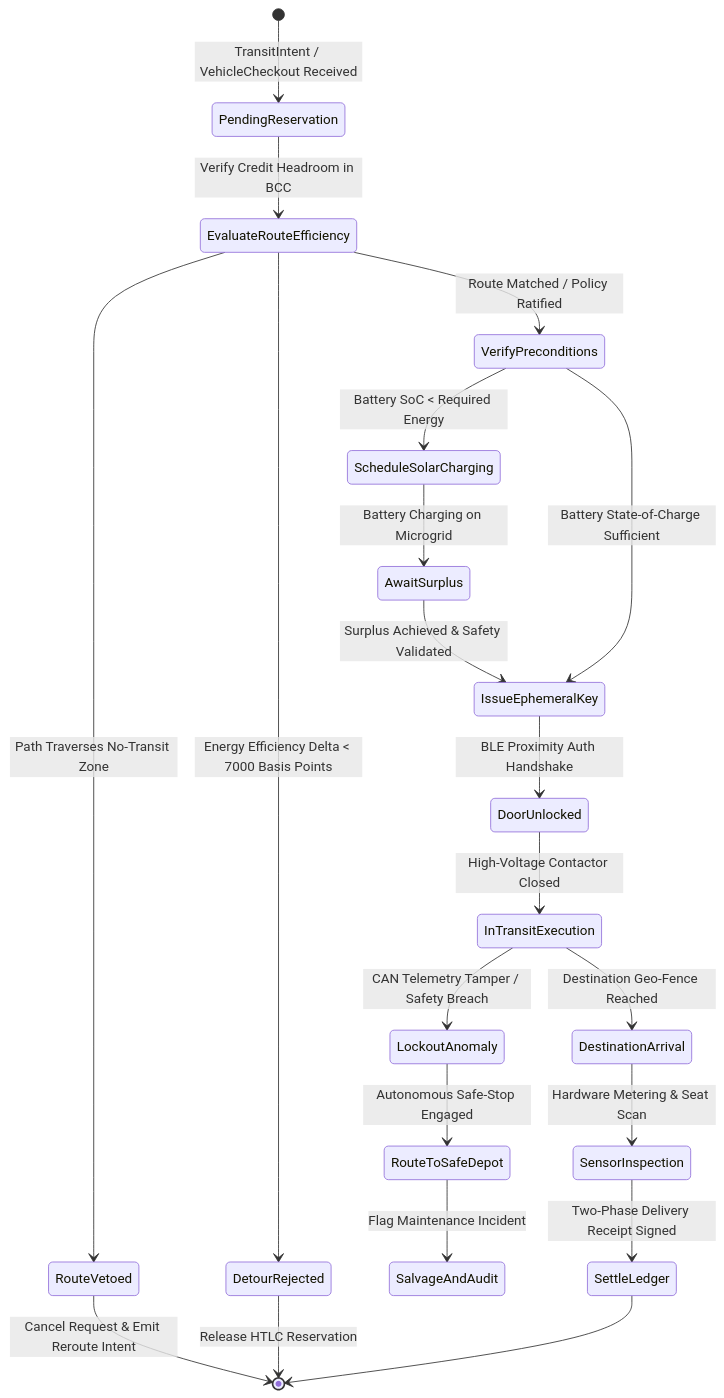
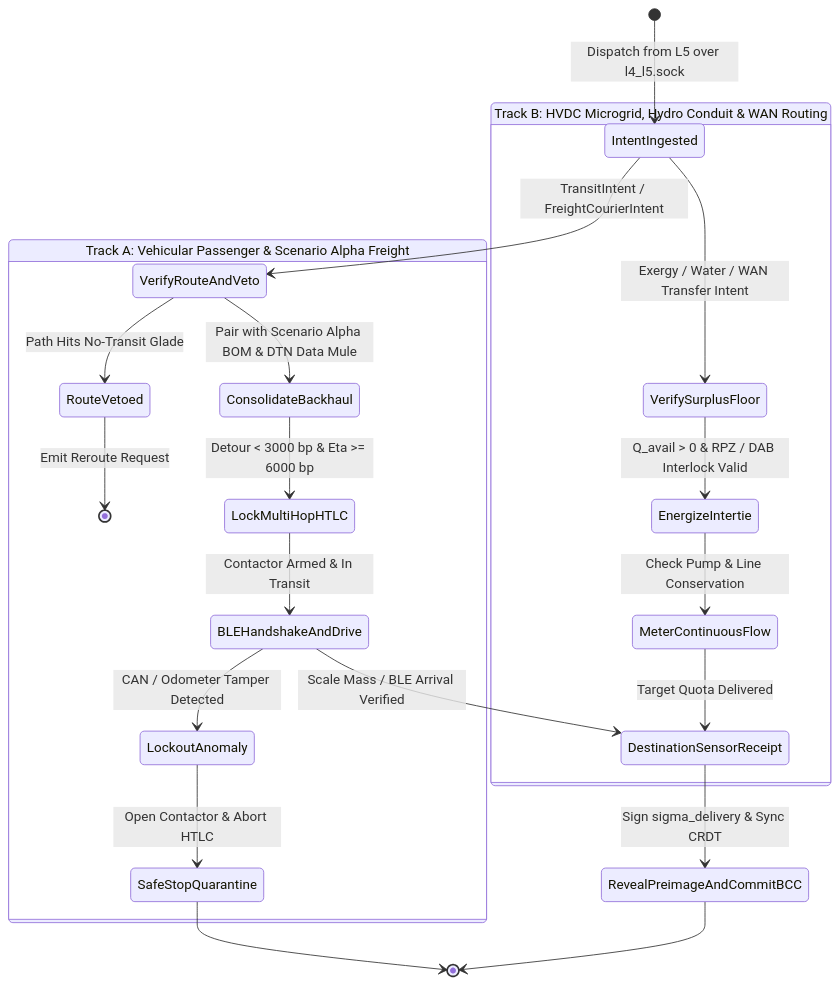
The second of 4 diagrams in docs/scenarios/beta_transit.md (raffaine/collective), drawn with Mermaid before and after one commit. The commit also changed other lines of this file and 56 other files, not shown here.

Commit message:
feat(sprints-11-14): implement Homestead playability, 3D pathfinding, Scenario Gamma kitchen, Async Node Proxies, and Layer 6/5/4 architecture

````diff
--- a/docs/scenarios/beta_transit.md
+++ b/docs/scenarios/beta_transit.md
@@ -93,23 +170,27 @@
 ```mermaid
 stateDiagram-v2
-    [*] --> PendingReservation: TransitIntent / VehicleCheckout Received
-    PendingReservation --> EvaluateRouteEfficiency: Verify Credit Headroom in BCC
-    EvaluateRouteEfficiency --> RouteVetoed: Path Traverses No-Transit Zone
-    RouteVetoed --> [*]: Cancel Request & Emit Reroute Intent
-    EvaluateRouteEfficiency --> DetourRejected: Energy Efficiency Delta < 7000 Basis Points
-    DetourRejected --> [*]: Release HTLC Reservation
-    EvaluateRouteEfficiency --> VerifyPreconditions: Route Matched / Policy Ratified
-    VerifyPreconditions --> ScheduleSolarCharging: Battery SoC < Required Energy
-    ScheduleSolarCharging --> AwaitSurplus: Battery Charging on Microgrid
-    AwaitSurplus --> IssueEphemeralKey: Surplus Achieved & Safety Validated
-    VerifyPreconditions --> IssueEphemeralKey: Battery State-of-Charge Sufficient
-    IssueEphemeralKey --> DoorUnlocked: BLE Proximity Auth Handshake
-    DoorUnlocked --> InTransitExecution: High-Voltage Contactor Closed
-    InTransitExecution --> LockoutAnomaly: CAN Telemetry Tamper / Safety Breach
-    LockoutAnomaly --> RouteToSafeDepot: Autonomous Safe-Stop Engaged
-    RouteToSafeDepot --> SalvageAndAudit: Flag Maintenance Incident
-    InTransitExecution --> DestinationArrival: Destination Geo-Fence Reached
-    DestinationArrival --> SensorInspection: Hardware Metering & Seat Scan
-    SensorInspection --> SettleLedger: Two-Phase Delivery Receipt Signed
-    SettleLedger --> [*]
+    [*] --> IntentIngested: Dispatch from L5 over l4_l5.sock
+
+    state "Track A: Vehicular Passenger & Scenario Alpha Freight" as Vehicular {
+        IntentIngested --> VerifyRouteAndVeto: TransitIntent / FreightCourierIntent
+        VerifyRouteAndVeto --> RouteVetoed: Path Hits No-Transit Glade
+        RouteVetoed --> [*]: Emit Reroute Request
+        VerifyRouteAndVeto --> ConsolidateBackhaul: Pair with Scenario Alpha BOM & DTN Data Mule
+        ConsolidateBackhaul --> LockMultiHopHTLC: Detour < 3000 bp & Eta >= 6000 bp
+        LockMultiHopHTLC --> BLEHandshakeAndDrive: Contactor Armed & In Transit
+        BLEHandshakeAndDrive --> LockoutAnomaly: CAN / Odometer Tamper Detected
+        LockoutAnomaly --> SafeStopQuarantine: Open Contactor & Abort HTLC
+        BLEHandshakeAndDrive --> DestinationSensorReceipt: Scale Mass / BLE Arrival Verified
+    }
+
+    state "Track B: HVDC Microgrid, Hydro Conduit & WAN Routing" as Conduit {
+        IntentIngested --> VerifySurplusFloor: Exergy / Water / WAN Transfer Intent
+        VerifySurplusFloor -->EnergizeIntertie: Q_avail > 0 & RPZ / DAB Interlock Valid
+        EnergizeIntertie --> MeterContinuousFlow: Check Pump & Line Conservation
+        MeterContinuousFlow --> DestinationSensorReceipt: Target Quota Delivered
+    }
+
+    DestinationSensorReceipt --> RevealPreimageAndCommitBCC: Sign sigma_delivery & Sync CRDT
+    SafeStopQuarantine --> [*]
+    RevealPreimageAndCommitBCC --> [*]
 ```
````
